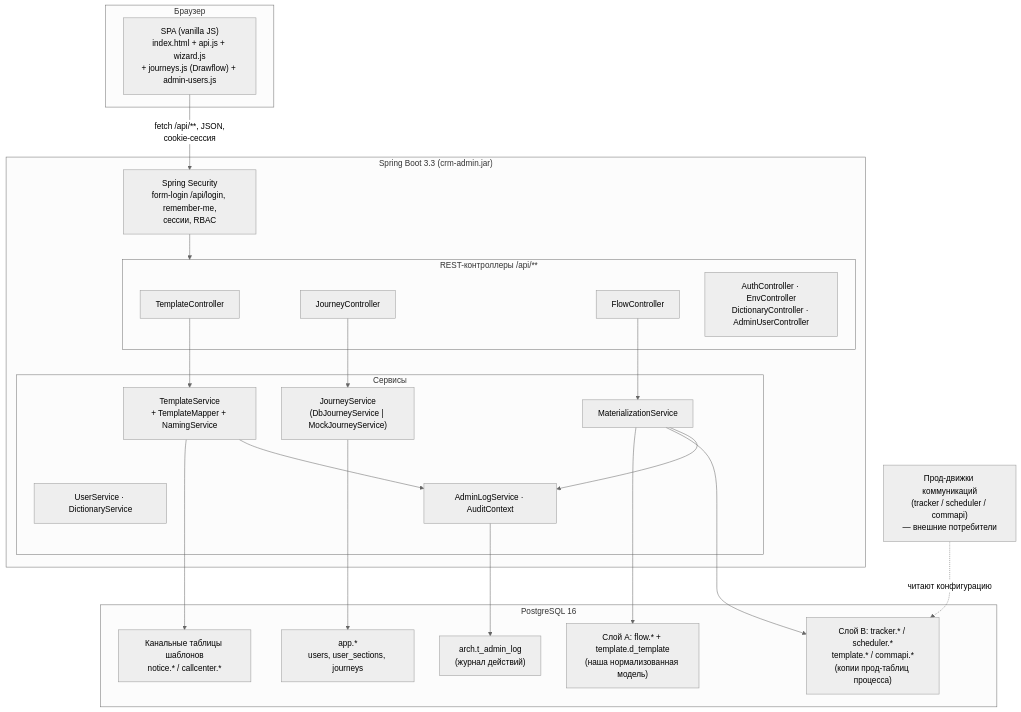
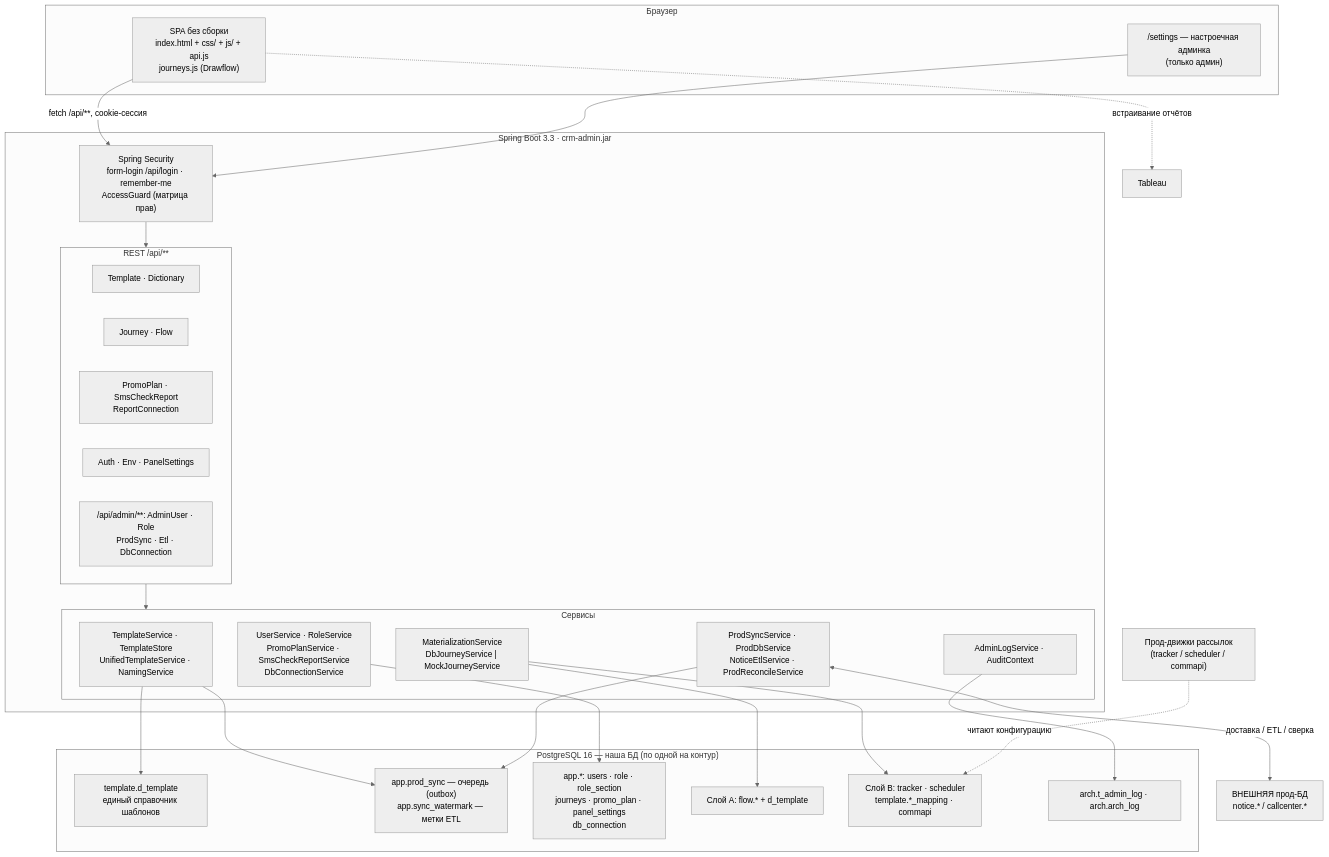
The first of 2 diagrams in crm-admin/docs/Architecture/Обзор архитектуры.md (AlexRaisky/crm.banki.ru), drawn with Mermaid (neutral theme) before and after one commit. The commit also changed other lines of this file and 27 other files, not shown here.

````diff
--- a/crm-admin/docs/Architecture/Обзор архитектуры.md
+++ b/crm-admin/docs/Architecture/Обзор архитектуры.md
@@ -9,43 +13,51 @@
 ```mermaid
 flowchart TB
     subgraph Browser["Браузер"]
-        SPA["SPA (vanilla JS)<br/>index.html + api.js + wizard.js<br/>+ journeys.js (Drawflow) + admin-users.js"]
+        SPA["SPA без сборки<br/>index.html + css/ + js/ + api.js<br/>journeys.js (Drawflow)"]
+        SET["/settings — настроечная админка<br/>(только админ)"]
     end
 
-    subgraph App["Spring Boot 3.3 (crm-admin.jar)"]
-        SEC["Spring Security<br/>form-login /api/login, remember-me,<br/>сессии, RBAC"]
-        subgraph Controllers["REST-контроллеры /api/**"]
-            TC["TemplateController"]
-            JC["JourneyController"]
-            FC["FlowController"]
-            AC["AuthController · EnvController<br/>DictionaryController · AdminUserController"]
+    subgraph App["Spring Boot 3.3 · crm-admin.jar"]
+        SEC["Spring Security<br/>form-login /api/login · remember-me<br/>AccessGuard (матрица прав)"]
+        subgraph Ctrl["REST /api/**"]
+            C1["Template · Dictionary"]
+            C2["Journey · Flow"]
+            C3["PromoPlan · SmsCheckReport<br/>ReportConnection"]
+            C4["Auth · Env · PanelSettings"]
+            C5["/api/admin/**: AdminUser · Role<br/>ProdSync · Etl · DbConnection"]
         end
-        subgraph Services["Сервисы"]
-            TS["TemplateService<br/>+ TemplateMapper + NamingService"]
-            JS["JourneyService<br/>(DbJourneyService | MockJourneyService)"]
-            MS["MaterializationService"]
-            US["UserService · DictionaryService"]
-            AL["AdminLogService · AuditContext"]
+        subgraph Svc["Сервисы"]
+            S1["TemplateService · TemplateStore<br/>UnifiedTemplateService · NamingService"]
+            S2["MaterializationService<br/>DbJourneyService | MockJourneyService"]
+            S3["ProdSyncService · ProdDbService<br/>NoticeEtlService · ProdReconcileService"]
+            S4["UserService · RoleService<br/>PromoPlanService · SmsCheckReportService<br/>DbConnectionService"]
+            S5["AdminLogService · AuditContext"]
         end
     end
 
-    subgraph PG["PostgreSQL 16"]
-        NT["Канальные таблицы шаблонов<br/>notice.* / callcenter.*"]
-        APPS["app.*<br/>users, user_sections, journeys"]
-        LA["Слой A: flow.* + template.d_template<br/>(наша нормализованная модель)"]
-        LB["Слой B: tracker.* / scheduler.*<br/>template.* / commapi.*<br/>(копии прод-таблиц процесса)"]
-        ARCH["arch.t_admin_log<br/>(журнал действий)"]
+    subgraph OurDB["PostgreSQL 16 — наша БД (по одной на контур)"]
+        T1["template.d_template<br/>единый справочник шаблонов"]
+        T2["app.prod_sync — очередь (outbox)<br/>app.sync_watermark — метки ETL"]
+        T3["app.*: users · role · role_section<br/>journeys · promo_plan · panel_settings<br/>db_connection"]
+        T4["Слой A: flow.* + d_template"]
+        T5["Слой B: tracker · scheduler<br/>template.*_mapping · commapi"]
+        T6["arch.t_admin_log · arch.arch_log"]
     end
 
-    ENG["Прод-движки коммуникаций<br/>(tracker / scheduler / commapi)<br/>— внешние потребители"]
+    PROD["ВНЕШНЯЯ прод-БД<br/>notice.* / callcenter.*"]
+    ENG["Прод-движки рассылок<br/>(tracker / scheduler / commapi)"]
+    TAB["Tableau"]
 
-    SPA -->|"fetch /api/**, JSON,<br/>cookie-сессия"| SEC --> Controllers
-    TC --> TS --> NT
-    JC --> JS --> APPS
-    FC --> MS
-    MS --> LA
-    MS --> LB
-    TS --> AL --> ARCH
-    MS --> AL
-    ENG -.->|"читают конфигурацию"| LB
+    SPA -->|"fetch /api/**, cookie-сессия"| SEC --> Ctrl --> Svc
+    SET --> SEC
+    S1 --> T1
+    S1 --> T2
+    S2 --> T4
+    S2 --> T5
+    S3 --> T2
+    S3 <-->|"доставка / ETL / сверка"| PROD
+    S4 --> T3
+    S5 --> T6
+    ENG -.->|"читают конфигурацию"| T5
+    SPA -.->|"встраивание отчётов"| TAB
 ```
````
